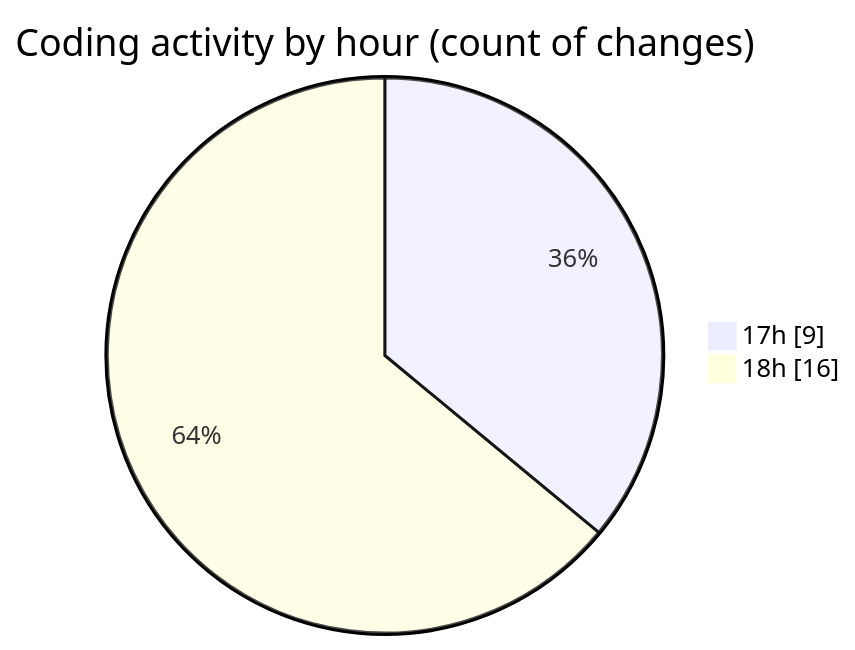
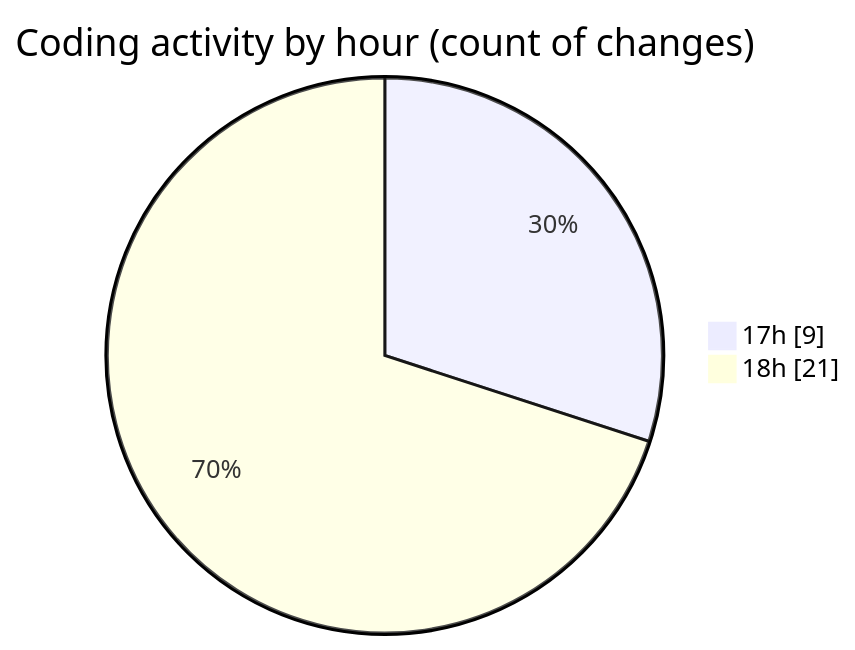
Before and after one commit to robertbonfada/code-tracking: the second of 2 diagrams in 2025-02-08/termonied-web/README.md, drawn with Mermaid. The commit also changed other lines of this file and 1 other file, not shown here.

````diff
--- a/2025-02-08/termonied-web/README.md
+++ b/2025-02-08/termonied-web/README.md
@@ -36,6 +36,6 @@
 ```mermaid
 pie showData
 title Coding activity by hour (count of changes)
 "17h" : 9
-"18h" : 16
+"18h" : 21
 ```
````
